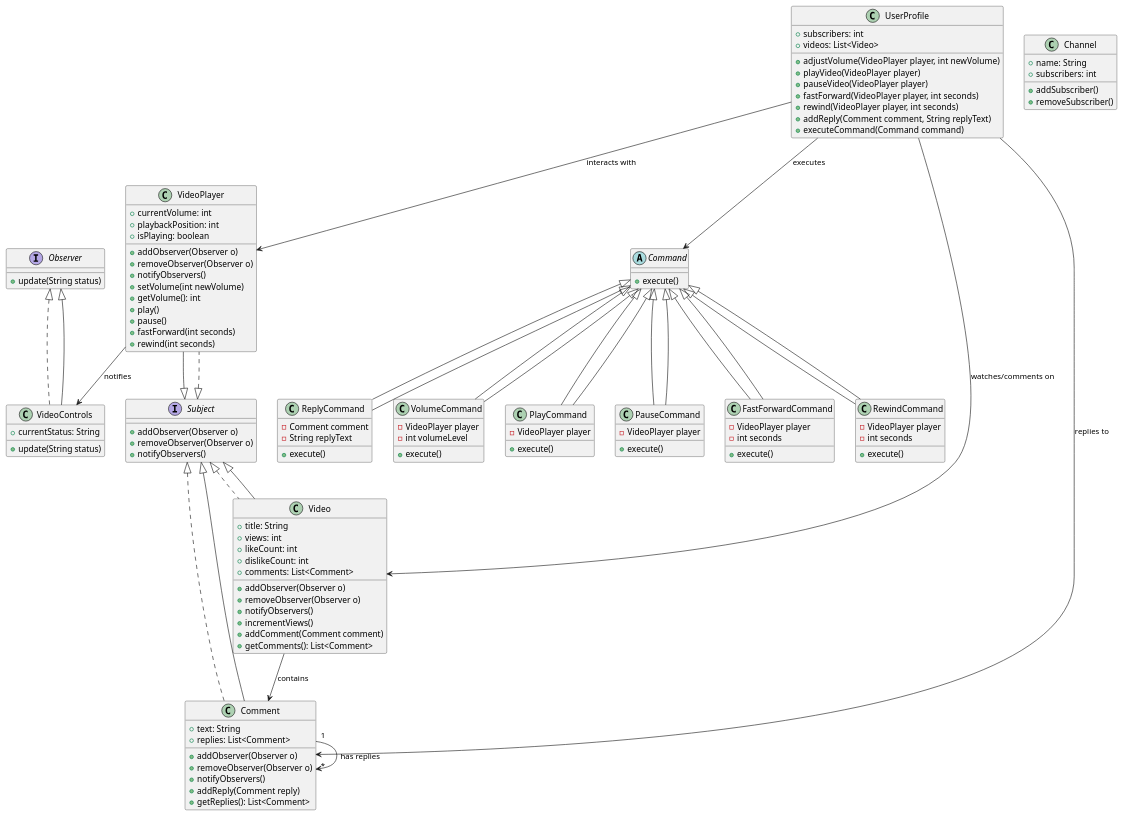
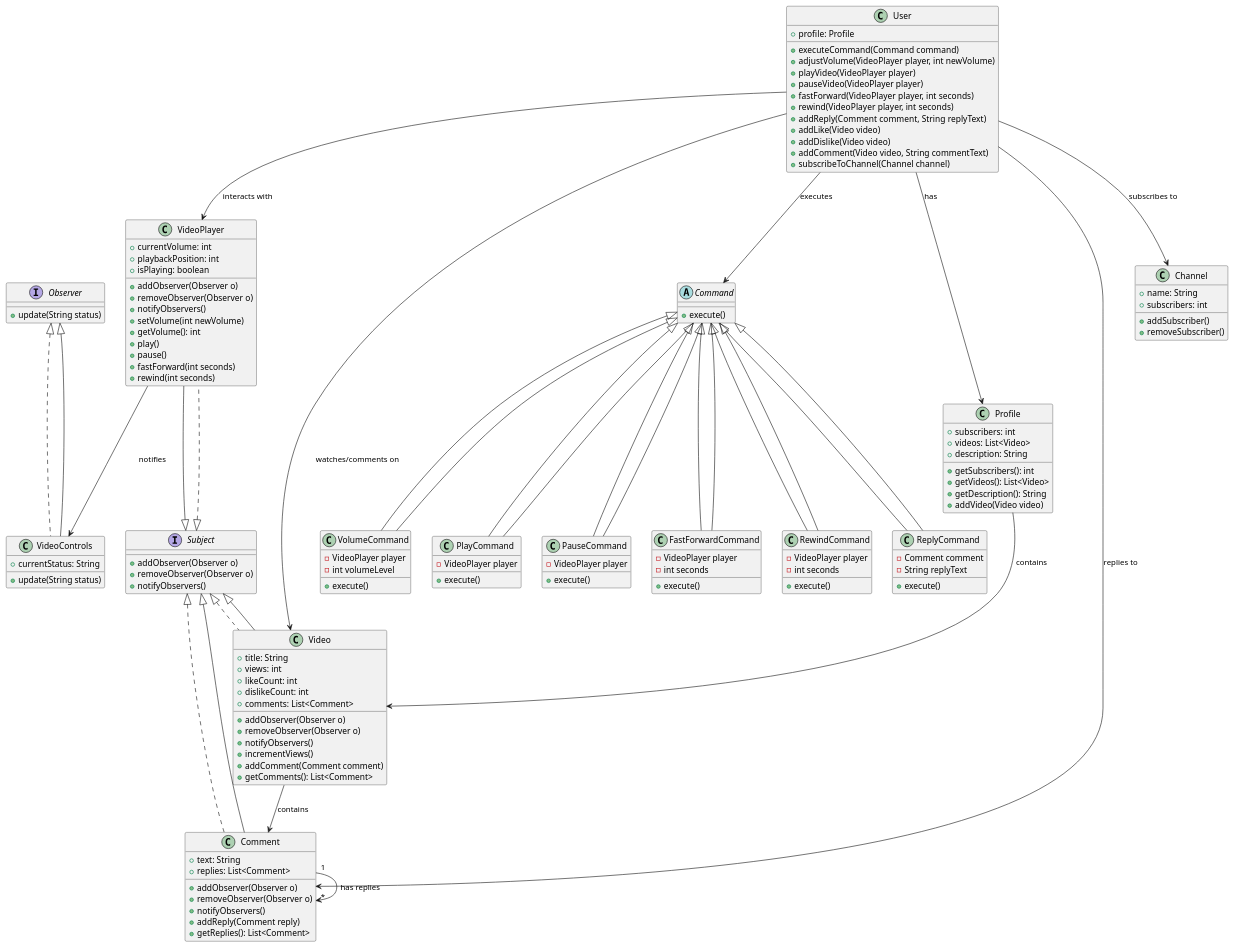
The diagram in src/CS5800/YoutubeClassDiagram.puml (DanielVAppel/CS5800Quiz3_UML_ClassandActivityDiagrams), drawn with PlantUML before and after one commit.

```diff
--- a/src/CS5800/YoutubeClassDiagram.puml
+++ b/src/CS5800/YoutubeClassDiagram.puml
@@ -1,130 +1,146 @@
 @startuml
 interface Observer {
     + update(String status)
 }
 
 interface Subject {
     + addObserver(Observer o)
     + removeObserver(Observer o)
     + notifyObservers()
 }
 
-class UserProfile {
-    + subscribers: int
-    + videos: List<Video>
+class User {
+    + profile: Profile
+    + executeCommand(Command command)
     + adjustVolume(VideoPlayer player, int newVolume)
     + playVideo(VideoPlayer player)
     + pauseVideo(VideoPlayer player)
     + fastForward(VideoPlayer player, int seconds)
     + rewind(VideoPlayer player, int seconds)
     + addReply(Comment comment, String replyText)
-    + executeCommand(Command command)
+    + addLike(Video video)
+    + addDislike(Video video)
+    + addComment(Video video, String commentText)
+    + subscribeToChannel(Channel channel)
+}
+
+class Profile {
+    + subscribers: int
+    + videos: List<Video>
+    + description: String
+    + getSubscribers(): int
+    + getVideos(): List<Video>
+    + getDescription(): String
+    + addVideo(Video video)
 }
 
 class VideoPlayer implements Subject {
     + currentVolume: int
     + playbackPosition: int
     + isPlaying: boolean
     + addObserver(Observer o)
     + removeObserver(Observer o)
     + notifyObservers()
     + setVolume(int newVolume)
     + getVolume(): int
     + play()
     + pause()
     + fastForward(int seconds)
     + rewind(int seconds)
 }
 
 abstract class Command {
     + execute()
 }
 
 class VolumeCommand extends Command {
     - VideoPlayer player
     - int volumeLevel
     + execute()
 }
 
 class PlayCommand extends Command {
     - VideoPlayer player
     + execute()
 }
 
 class PauseCommand extends Command {
     - VideoPlayer player
     + execute()
 }
 
 class FastForwardCommand extends Command {
     - VideoPlayer player
     - int seconds
     + execute()
 }
 
 class RewindCommand extends Command {
     - VideoPlayer player
     - int seconds
     + execute()
 }
 
 class ReplyCommand extends Command {
     - Comment comment
     - String replyText
     + execute()
 }
 
 class VideoControls implements Observer {
     + currentStatus: String
     + update(String status)
 }
 
 class Video implements Subject {
     + title: String
     + views: int
     + likeCount: int
     + dislikeCount: int
     + comments: List<Comment>
     + addObserver(Observer o)
     + removeObserver(Observer o)
     + notifyObservers()
     + incrementViews()
     + addComment(Comment comment)
     + getComments(): List<Comment>
 }
 
 class Comment implements Subject {
     + text: String
     + replies: List<Comment>
     + addObserver(Observer o)
     + removeObserver(Observer o)
     + notifyObservers()
     + addReply(Comment reply)
     + getReplies(): List<Comment>
 }
 
 class Channel {
     + name: String
     + subscribers: int
     + addSubscriber()
     + removeSubscriber()
 }
 
-UserProfile --> Command : executes
+User --> Command : executes
+User --> VideoPlayer : interacts with
+User --> Video : watches/comments on
+User --> Comment : replies to
+User --> Channel : subscribes to
+User --> Profile : has
+Profile --> Video : contains
 Command <|-- VolumeCommand
 Command <|-- PlayCommand
 Command <|-- PauseCommand
 Command <|-- FastForwardCommand
 Command <|-- RewindCommand
 Command <|-- ReplyCommand
-UserProfile --> VideoPlayer : interacts with
-UserProfile --> Video : watches/comments on
-UserProfile --> Comment : replies to
 VideoPlayer -down-|> Subject
 Video -down-|> Subject
 Comment -down-|> Subject
 Video --> Comment : contains
 Comment "1" --> "*" Comment : has replies
 VideoPlayer --> VideoControls : notifies
 VideoControls -down-|> Observer
 @enduml
```
